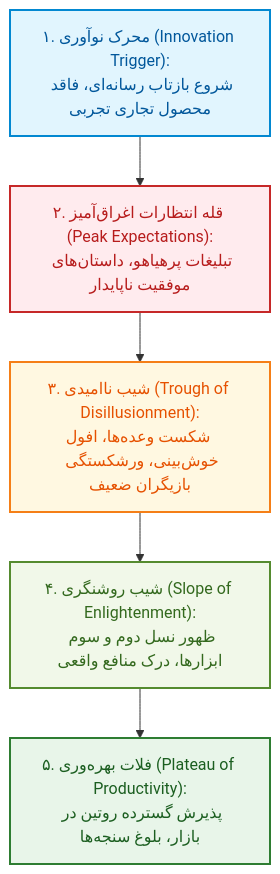
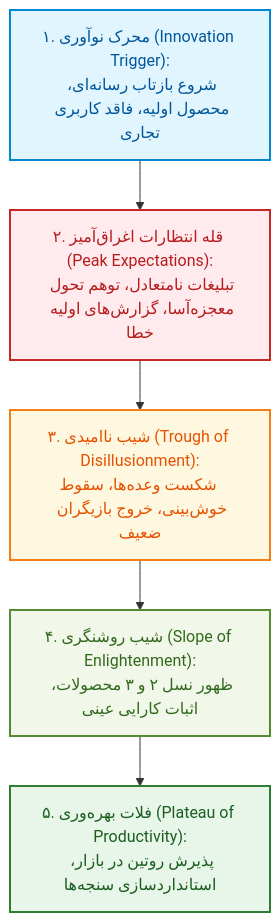
The eighth of 26 diagrams in 05/تکنولوژی و اطلاع‌رسانی/جزوه‌محور - خلاصه.md (neopulse-hub/-TUMS-1402-2-material-notes-), drawn with Mermaid before and after one commit. The commit also changed other lines of this file, not shown here.

````diff
--- a/05/تکنولوژی و اطلاع‌رسانی/جزوه‌محور - خلاصه.md
+++ b/05/تکنولوژی و اطلاع‌رسانی/جزوه‌محور - خلاصه.md
@@ -159,14 +258,14 @@
 ```mermaid
 flowchart TD
     classDef p1 fill:#e1f5fe,stroke:#0288d1,stroke-width:2px,color:#01579b;
     classDef p2 fill:#ffebee,stroke:#c62828,stroke-width:2px,color:#b71c1c;
     classDef p3 fill:#fff8e1,stroke:#f57f17,stroke-width:2px,color:#e65100;
     classDef p4 fill:#f1f8e9,stroke:#558b2f,stroke-width:2px,color:#33691e;
     classDef p5 fill:#e8f5e9,stroke:#2e7d32,stroke-width:2px,color:#1b5e20;
 
-    G1["۱. محرک نوآوری (Innovation Trigger):<br>شروع بازتاب رسانه‌ای، فاقد محصول تجاری تجربی"]:::p1
-    --> G2["۲. قله انتظارات اغراق‌آمیز (Peak Expectations):<br>تبلیغات پرهیاهو، داستان‌های موفقیت ناپایدار"]:::p2
-    --> G3["۳. شیب ناامیدی (Trough of Disillusionment):<br>شکست وعده‌ها، افول خوش‌بینی، ورشکستگی بازیگران ضعیف"]:::p3
-    --> G4["۴. شیب روشنگری (Slope of Enlightenment):<br>ظهور نسل دوم و سوم ابزارها، درک منافع واقعی"]:::p4
-    --> G5["۵. فلات بهره‌وری (Plateau of Productivity):<br>پذیرش گسترده روتین در بازار، بلوغ سنجه‌ها"]:::p5
+    G1["۱. محرک نوآوری (Innovation Trigger):<br>شروع بازتاب رسانه‌ای، محصول اولیه، فاقد کاربری تجاری"]:::p1
+    --> G2["۲. قله انتظارات اغراق‌آمیز (Peak Expectations):<br>تبلیغات نامتعادل، توهم تحول معجزه‌آسا، گزارش‌های اولیه خطا"]:::p2
+    --> G3["۳. شیب ناامیدی (Trough of Disillusionment):<br>شکست وعده‌ها، سقوط خوش‌بینی، خروج بازیگران ضعیف"]:::p3
+    --> G4["۴. شیب روشنگری (Slope of Enlightenment):<br>ظهور نسل ۲ و ۳ محصولات، اثبات کارایی عینی"]:::p4
+    --> G5["۵. فلات بهره‌وری (Plateau of Productivity):<br>پذیرش روتین در بازار، استانداردسازی سنجه‌ها"]:::p5
 ```
````
